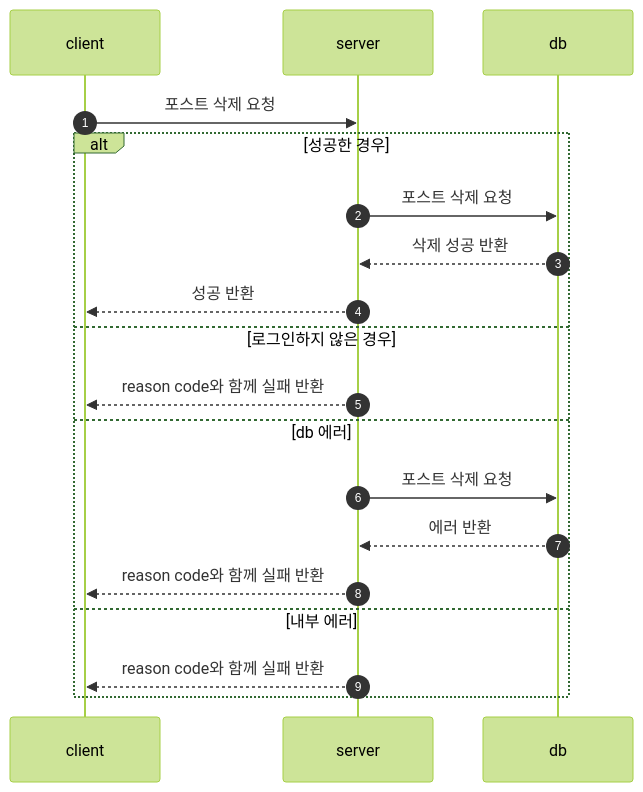
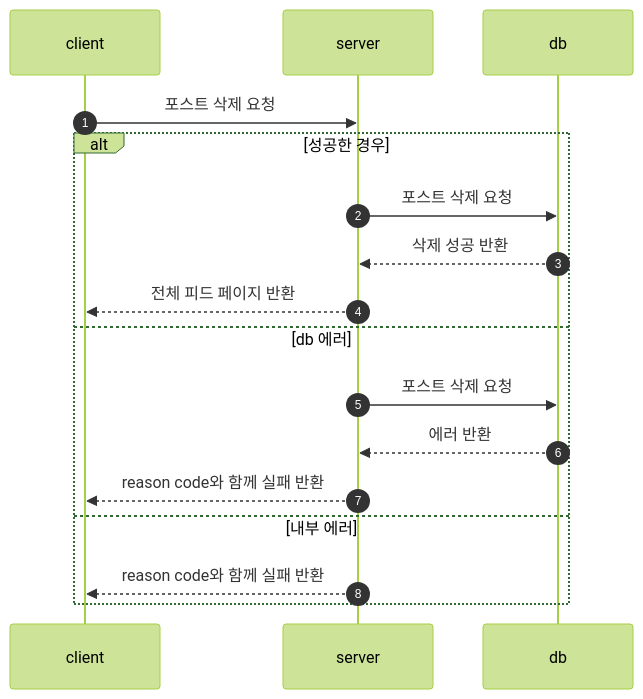
One commit to ellaCoo/sns changed the third of 10 diagrams in README.md. Above: the diagram before and after it, drawn with Mermaid (forest theme). The commit also changed other lines of this file, not shown here.

````diff
--- a/README.md
+++ b/README.md
@@ -59,18 +47,16 @@
 ```mermaid
   sequenceDiagram
     autonumber
     client ->> server: 포스트 삭제 요청
     alt 성공한 경우 
     server ->> db : 포스트 삭제 요청
     db -->> server : 삭제 성공 반환
-    server -->> client: 성공 반환
-    else 로그인하지 않은 경우
-    server -->> client: reason code와 함께 실패 반환
+    server -->> client: 전체 피드 페이지 반환
     else db 에러
     server ->> db : 포스트 삭제 요청
     db -->> server : 에러 반환
     server -->> client: reason code와 함께 실패 반환
     else 내부 에러
     server -->> client: reason code와 함께 실패 반환
     end
 ```
````
